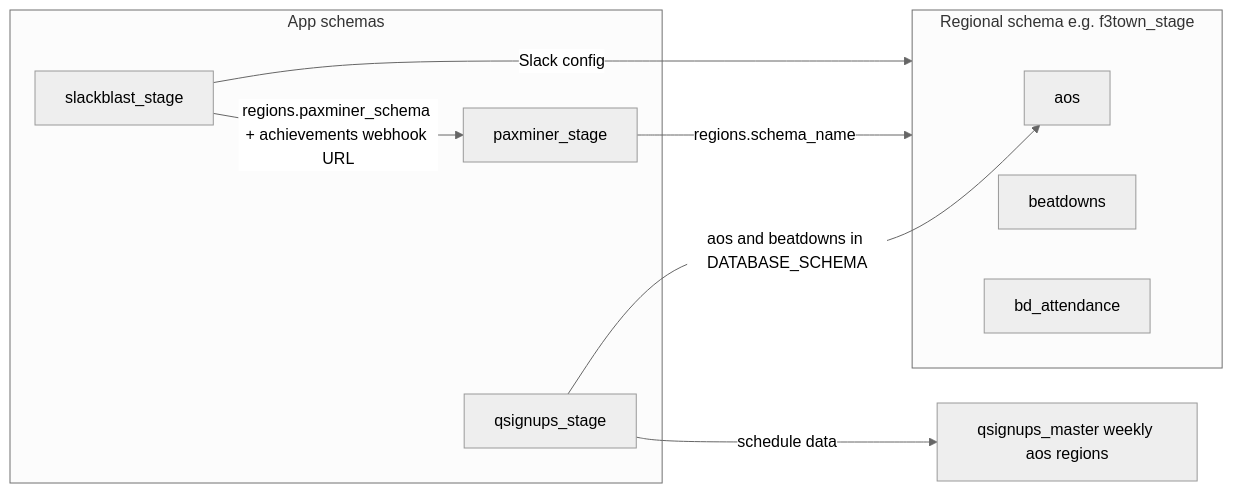
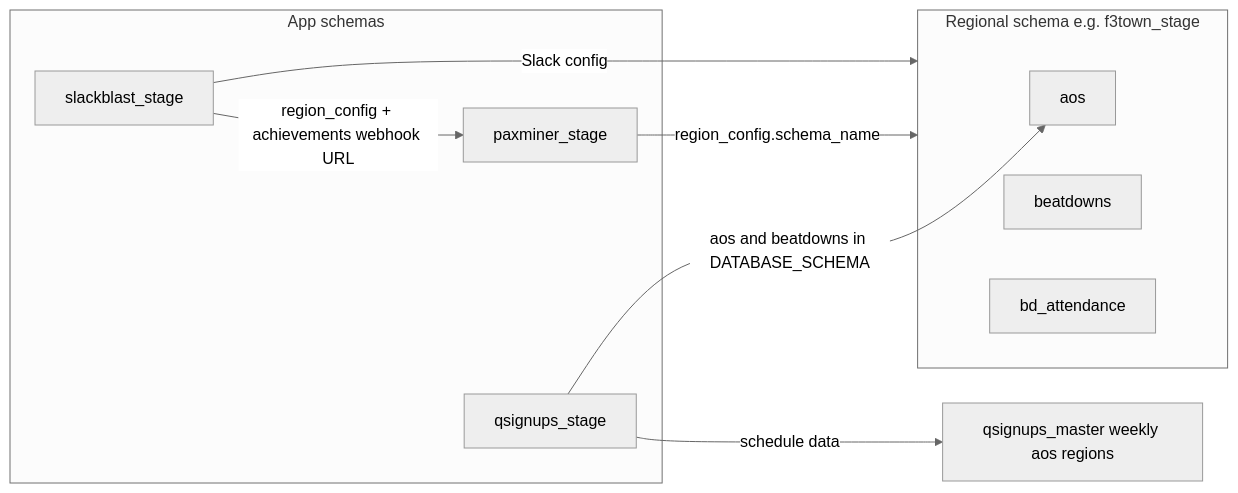
The diagram in docs/ARCHITECTURE.md (F3-Tulsa/slack-stack), drawn with Mermaid (neutral theme) before and after one commit. The commit also changed other lines of this file and 8 other files, not shown here.

First line of the commit message:
docs: remove the old schema names from the operator notes

````diff
--- a/docs/ARCHITECTURE.md
+++ b/docs/ARCHITECTURE.md
@@ -31,18 +31,18 @@
 ```mermaid
 flowchart LR
   subgraph app_schemas [App schemas]
     PM[paxminer_stage]
     SB[slackblast_stage]
     QS[qsignups_stage]
   end
   subgraph regional [Regional schema e.g. f3town_stage]
     AOS[aos]
     BD[beatdowns]
     ATT[bd_attendance]
   end
-  PM -->|regions.schema_name| regional
-  SB -->|regions.paxminer_schema + achievements webhook URL| PM
+  PM -->|region_config.schema_name| regional
+  SB -->|region_config + achievements webhook URL| PM
   SB -->|Slack config| regional
   QS -->|aos and beatdowns in DATABASE_SCHEMA| AOS
   QS -->|schedule data| QSMASTER[qsignups_master weekly aos regions]
 ```
````
